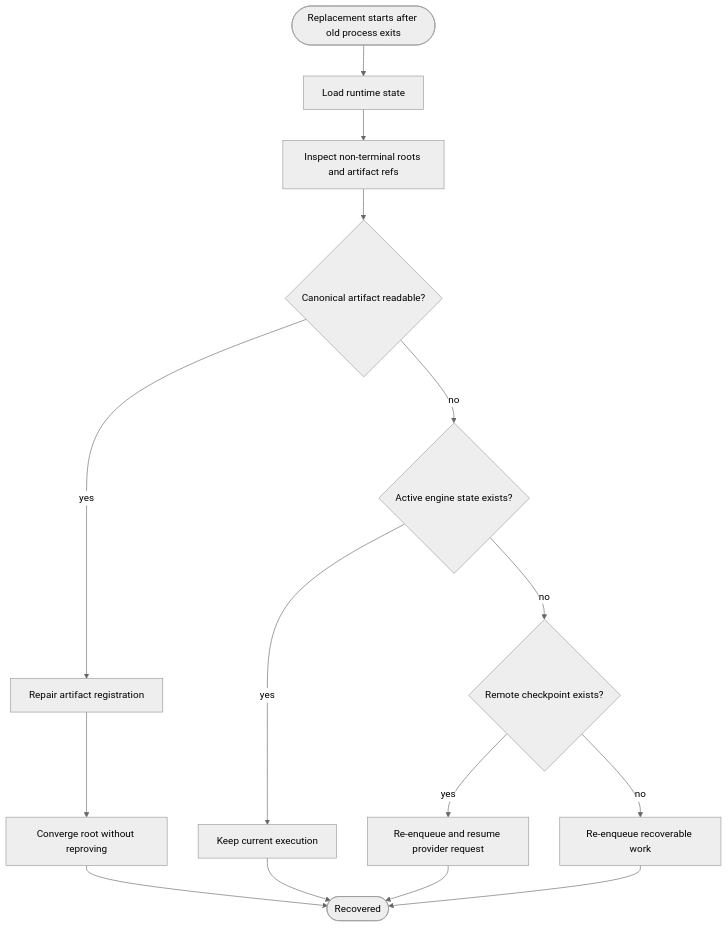
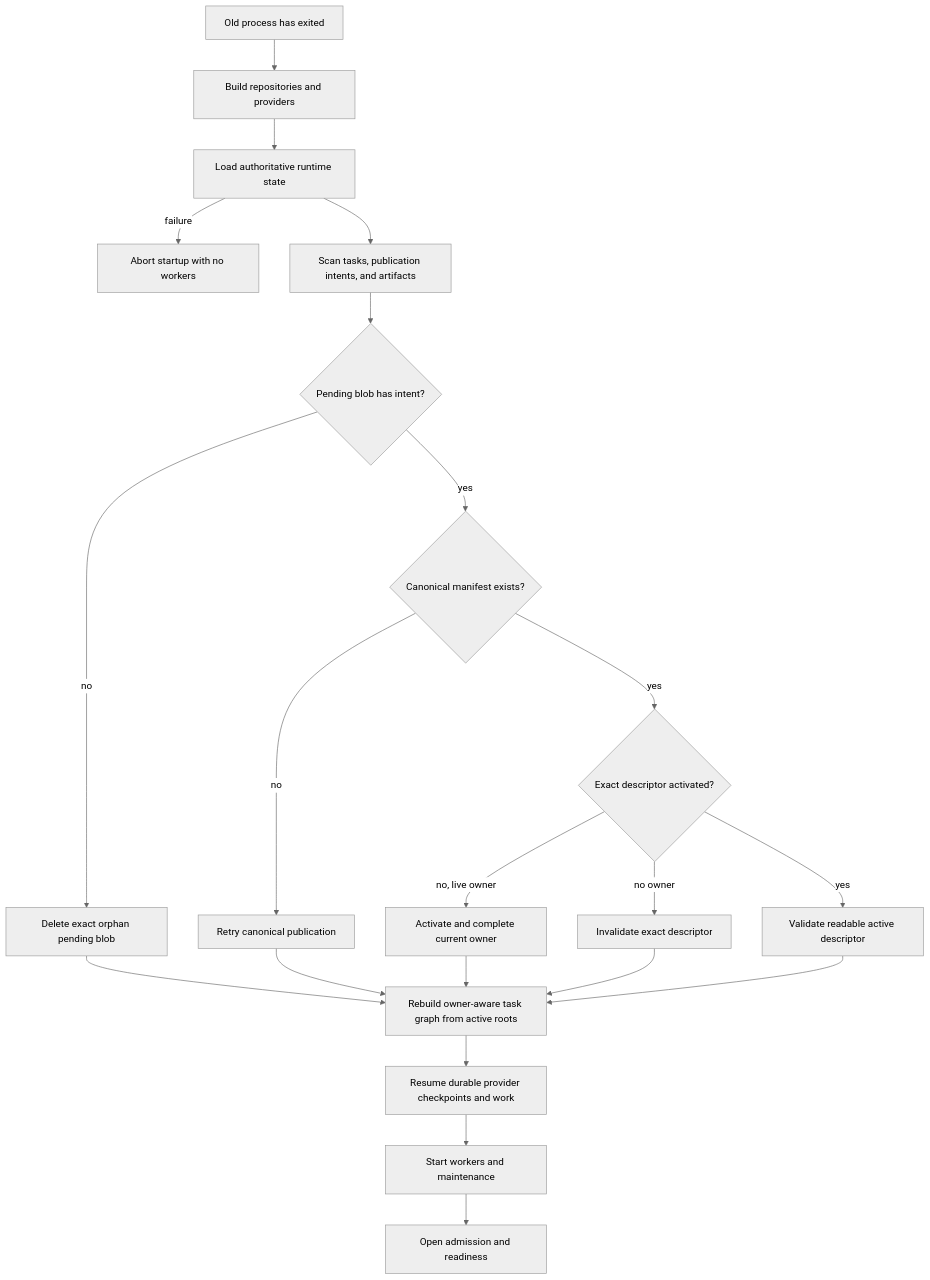
Before and after one commit to taikoxyz/raiko2: the tenth of 13 diagrams in docs/architecture.md, drawn with Mermaid (neutral theme). The commit also changed other lines of this file and 37 other files, not shown here.

````diff
--- a/docs/architecture.md
+++ b/docs/architecture.md
@@ -359,17 +463,23 @@
 ```mermaid
 flowchart TD
-  Restart([Replacement starts after old process exits]) --> Load[Load runtime state]
-  Load --> Scan[Inspect non-terminal roots and artifact refs]
-  Scan --> Artifact{Canonical artifact readable?}
-  Artifact -->|yes| Register[Repair artifact registration]
-  Register --> Converge[Converge root without reproving]
-  Artifact -->|no| EngineState{Active engine state exists?}
-  EngineState -->|yes| Keep[Keep current execution]
-  EngineState -->|no| Checkpoint{Remote checkpoint exists?}
-  Checkpoint -->|yes| Resume[Re-enqueue and resume provider request]
-  Checkpoint -->|no| Requeue[Re-enqueue recoverable work]
-  Converge --> Done([Recovered])
-  Keep --> Done
-  Resume --> Done
-  Requeue --> Done
+  Exit[Old process has exited] --> Build[Build repositories and providers]
+  Build --> Load[Load authoritative runtime state]
+  Load -->|failure| Abort[Abort startup with no workers]
+  Load --> Scan[Scan tasks, publication intents, and artifacts]
+  Scan --> Pending{Pending blob has intent?}
+  Pending -->|no| GC[Delete exact orphan pending blob]
+  Pending -->|yes| Canonical{Canonical manifest exists?}
+  Canonical -->|no| Publish[Retry canonical publication]
+  Canonical -->|yes| Activated{Exact descriptor activated?}
+  Activated -->|no, live owner| Activate[Activate and complete current owner]
+  Activated -->|no owner| Invalidate[Invalidate exact descriptor]
+  Activated -->|yes| Validate[Validate readable active descriptor]
+  GC --> Project
+  Publish --> Project
+  Activate --> Project
+  Invalidate --> Project
+  Validate --> Project[Rebuild owner-aware task graph from active roots]
+  Project --> Resume[Resume durable provider checkpoints and work]
+  Resume --> Start[Start workers and maintenance]
+  Start --> Ready[Open admission and readiness]
 ```
````
